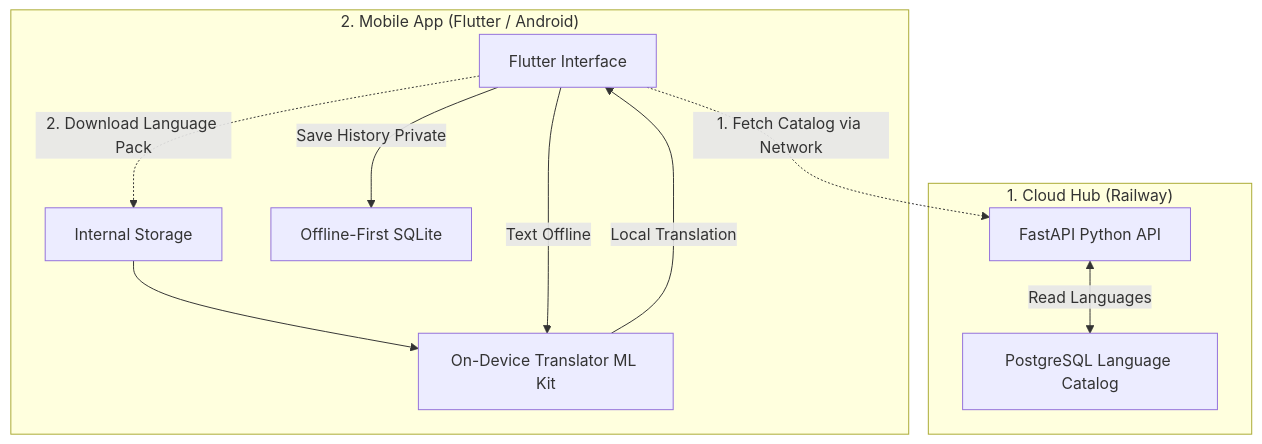
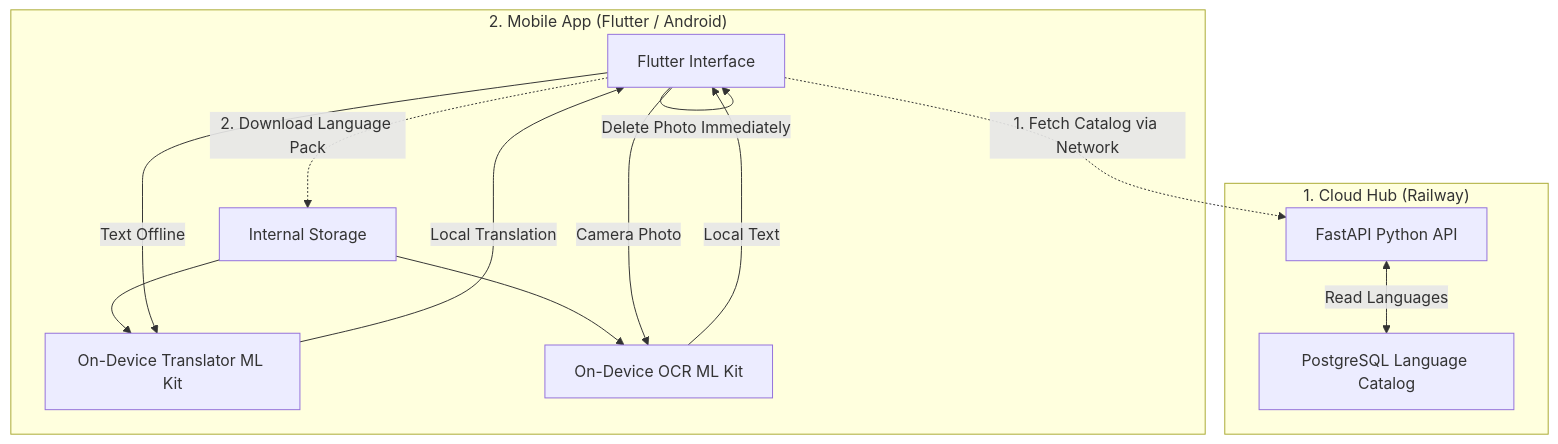
One commit to Julien-Bui/Offline-Translator changed the diagram in README.md. Above: the diagram before and after it, drawn with Mermaid. The commit also changed other lines of this file and 5 other files, not shown here.

````diff
--- a/README.md
+++ b/README.md
@@ -24,19 +24,22 @@
 ```mermaid
 graph TD
     subgraph "1. Cloud Hub (Railway)"
         API[FastAPI Python API]
         API <-->|Read Languages| PG["PostgreSQL Language Catalog"]
     end
 
     subgraph "2. Mobile App (Flutter / Android)"
         UI[Flutter Interface]
         UI -.->|1. Fetch Catalog via Network| API
         UI -.->|2. Download Language Pack| FS[Internal Storage]
         FS --> Moteur["On-Device Translator ML Kit"]
+        FS --> MoteurOCR["On-Device OCR ML Kit"]
+        
+        UI -->|Camera Photo| MoteurOCR
+        MoteurOCR -->|Local Text| UI
+        UI -->|Delete Photo Immediately| UI
         
         UI -->|Text Offline| Moteur
         Moteur -->|Local Translation| UI
-        
-        UI -->|Save History Private| SQL["Offline-First SQLite"]
     end
 ```
````
